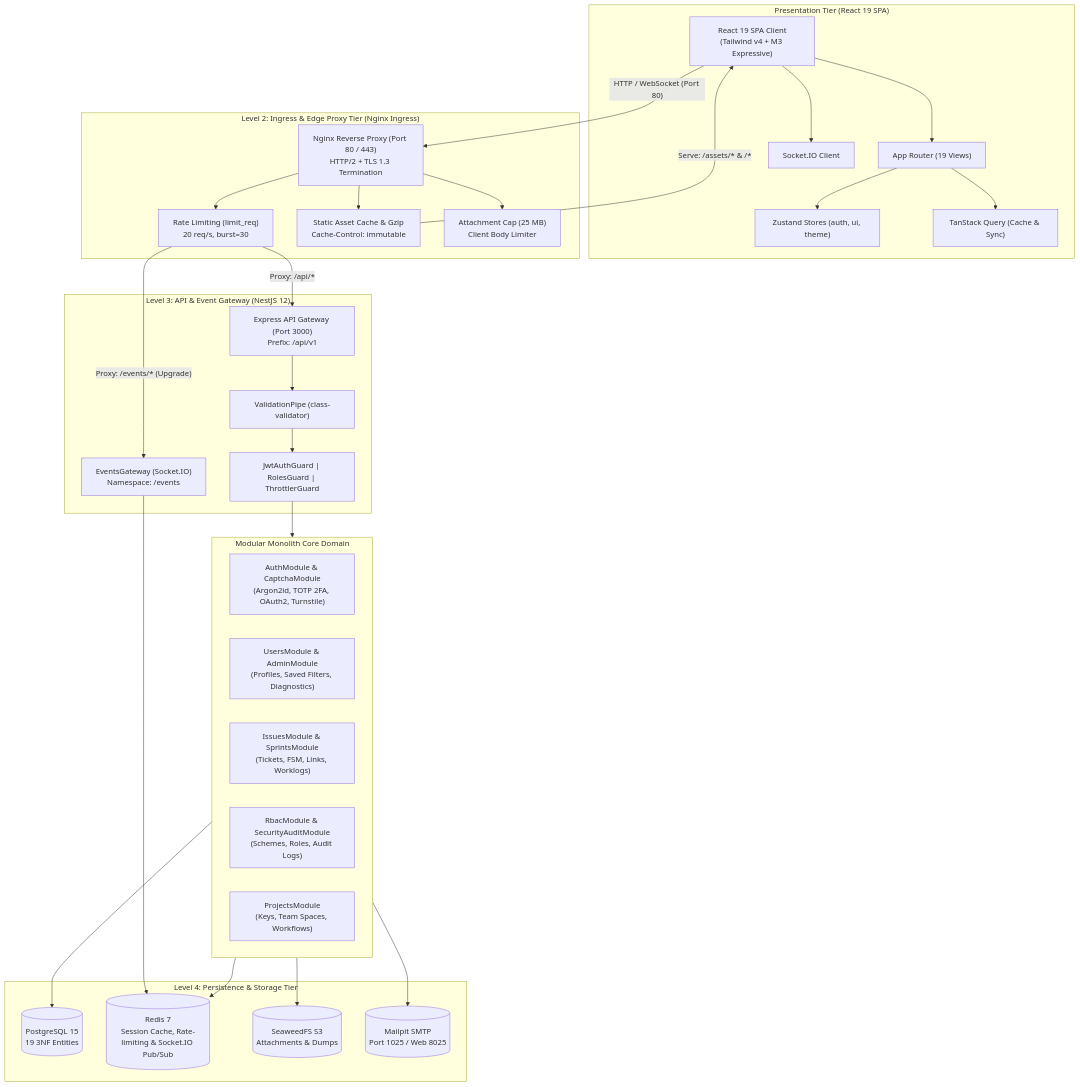
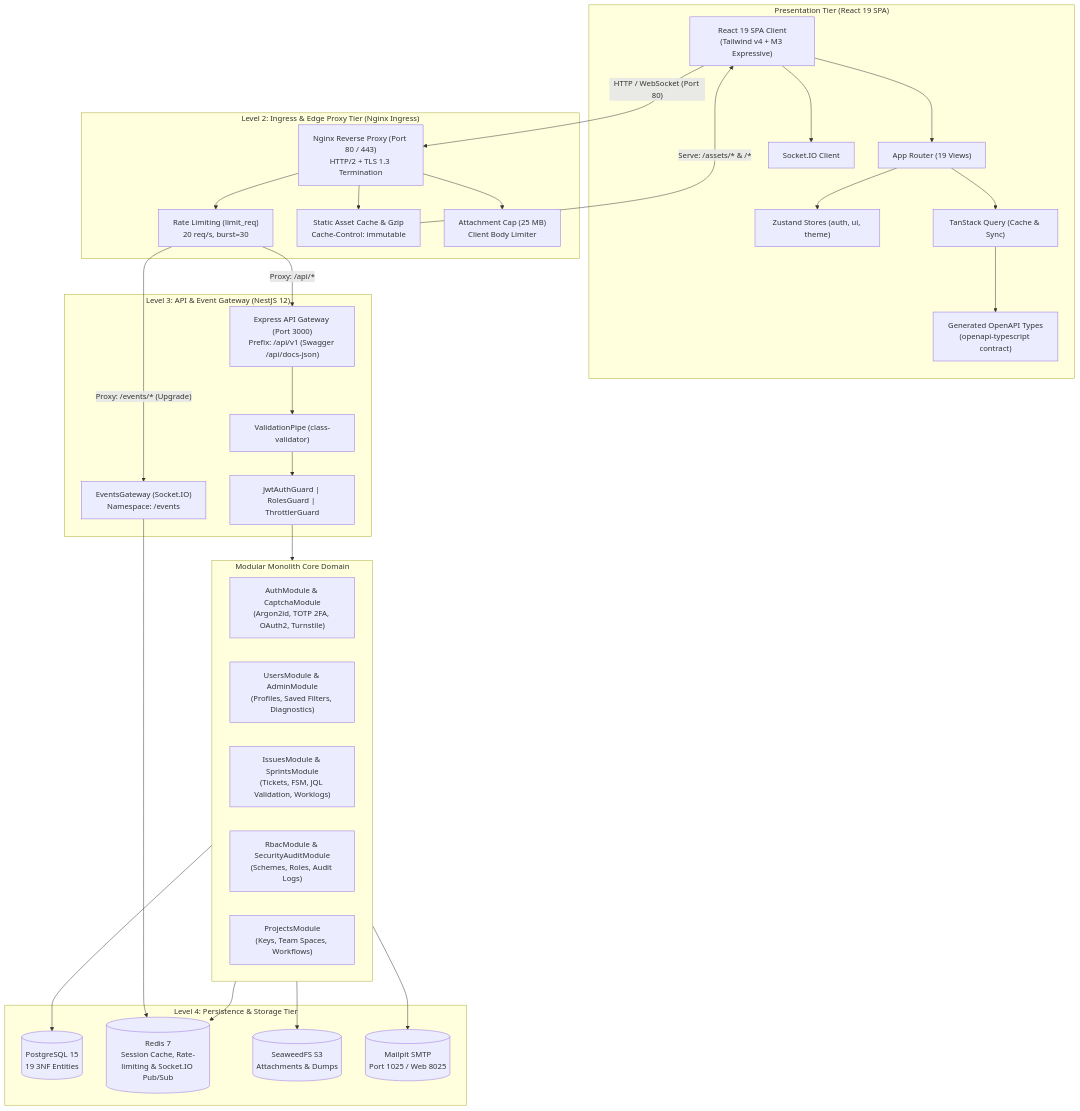
Before and after one commit to finkord/bug-tracker: the diagram in documentation/architecture/diagrams/system_architecture.mmd, drawn with Mermaid. The commit also changed 5 other files, not shown here.

First line of the commit message:
docs(architecture): update documentation diagrams and agent workflow skills

```diff
--- a/documentation/architecture/diagrams/system_architecture.mmd
+++ b/documentation/architecture/diagrams/system_architecture.mmd
@@ -1,59 +1,61 @@
 graph TB
     subgraph ClientTier["Presentation Tier (React 19 SPA)"]
         SPA["React 19 SPA Client<br/>(Tailwind v4 + M3 Expressive)"]
         Router["App Router (19 Views)"]
         Stores["Zustand Stores (auth, ui, theme)"]
         Query["TanStack Query (Cache & Sync)"]
+        OpenAPI["Generated OpenAPI Types<br/>(openapi-typescript contract)"]
         WSClient["Socket.IO Client"]
         SPA --> Router
         Router --> Stores
         Router --> Query
+        Query --> OpenAPI
         SPA --> WSClient
     end
 
     subgraph IngressTier["Level 2: Ingress & Edge Proxy Tier (Nginx Ingress)"]
         Nginx["Nginx Reverse Proxy (Port 80 / 443)<br/>HTTP/2 + TLS 1.3 Termination"]
         RateLimit["Rate Limiting (limit_req)<br/>20 req/s, burst=30"]
         StaticCache["Static Asset Cache & Gzip<br/>Cache-Control: immutable"]
         BodyCap["Attachment Cap (25 MB)<br/>Client Body Limiter"]
         Nginx --> RateLimit
         Nginx --> StaticCache
         Nginx --> BodyCap
     end
 
     subgraph GatewayTier["Level 3: API & Event Gateway (NestJS 12)"]
-        Main["Express API Gateway (Port 3000)<br/>Prefix: /api/v1"]
+        Main["Express API Gateway (Port 3000)<br/>Prefix: /api/v1 (Swagger /api/docs-json)"]
         Pipes["ValidationPipe (class-validator)"]
         Guards["JwtAuthGuard | RolesGuard | ThrottlerGuard"]
         EventsGW["EventsGateway (Socket.IO)<br/>Namespace: /events"]
         Main --> Pipes
         Pipes --> Guards
     end
 
     subgraph CoreModules["Modular Monolith Core Domain"]
         AuthM["AuthModule & CaptchaModule<br/>(Argon2id, TOTP 2FA, OAuth2, Turnstile)"]
         UserM["UsersModule & AdminModule<br/>(Profiles, Saved Filters, Diagnostics)"]
-        IssueM["IssuesModule & SprintsModule<br/>(Tickets, FSM, Links, Worklogs)"]
+        IssueM["IssuesModule & SprintsModule<br/>(Tickets, FSM, JQL Validation, Worklogs)"]
         RbacM["RbacModule & SecurityAuditModule<br/>(Schemes, Roles, Audit Logs)"]
         ProjM["ProjectsModule<br/>(Keys, Team Spaces, Workflows)"]
     end
 
     subgraph DataTier["Level 4: Persistence & Storage Tier"]
         Postgres[("PostgreSQL 15<br/>19 3NF Entities")]
         RedisCache[("Redis 7<br/>Session Cache, Rate-limiting & Socket.IO Pub/Sub")]
         Seaweed[("SeaweedFS S3<br/>Attachments & Dumps")]
         Mailpit[("Mailpit SMTP<br/>Port 1025 / Web 8025")]
     end
 
     SPA -- "HTTP / WebSocket (Port 80)" --> Nginx
     RateLimit -- "Proxy: /api/*" --> Main
     RateLimit -- "Proxy: /events/* (Upgrade)" --> EventsGW
     StaticCache -- "Serve: /assets/* & /*" --> SPA
 
     Guards --> CoreModules
     EventsGW --> RedisCache
 
     CoreModules --> Postgres
     CoreModules --> RedisCache
     CoreModules --> Seaweed
     CoreModules --> Mailpit
```
